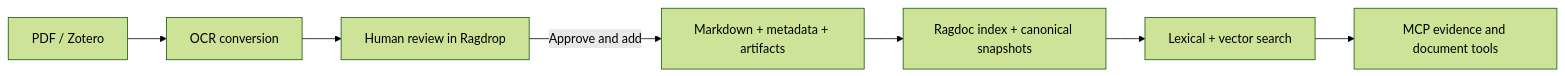
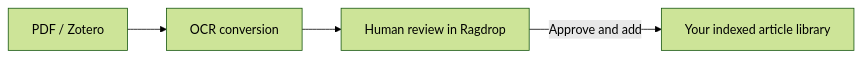
One commit to tofunori/Ragdoc changed the first of 2 diagrams in README.md. Above: the diagram before and after it, drawn with Mermaid (forest theme). The commit also changed other lines of this file, not shown here.

Commit message:
Clarify personal literature search through MCP assistants

````diff
--- a/README.md
+++ b/README.md
@@ -49,9 +61,6 @@
 ```mermaid
 flowchart LR
     A[PDF / Zotero] --> B[OCR conversion]
     B --> C[Human review in Ragdrop]
-    C -->|Approve and add| D[Markdown + metadata + artifacts]
-    D --> E[Ragdoc index + canonical snapshots]
-    E --> F[Lexical + vector search]
-    F --> G[MCP evidence and document tools]
+    C -->|Approve and add| D[Your indexed article library]
 ```
````
